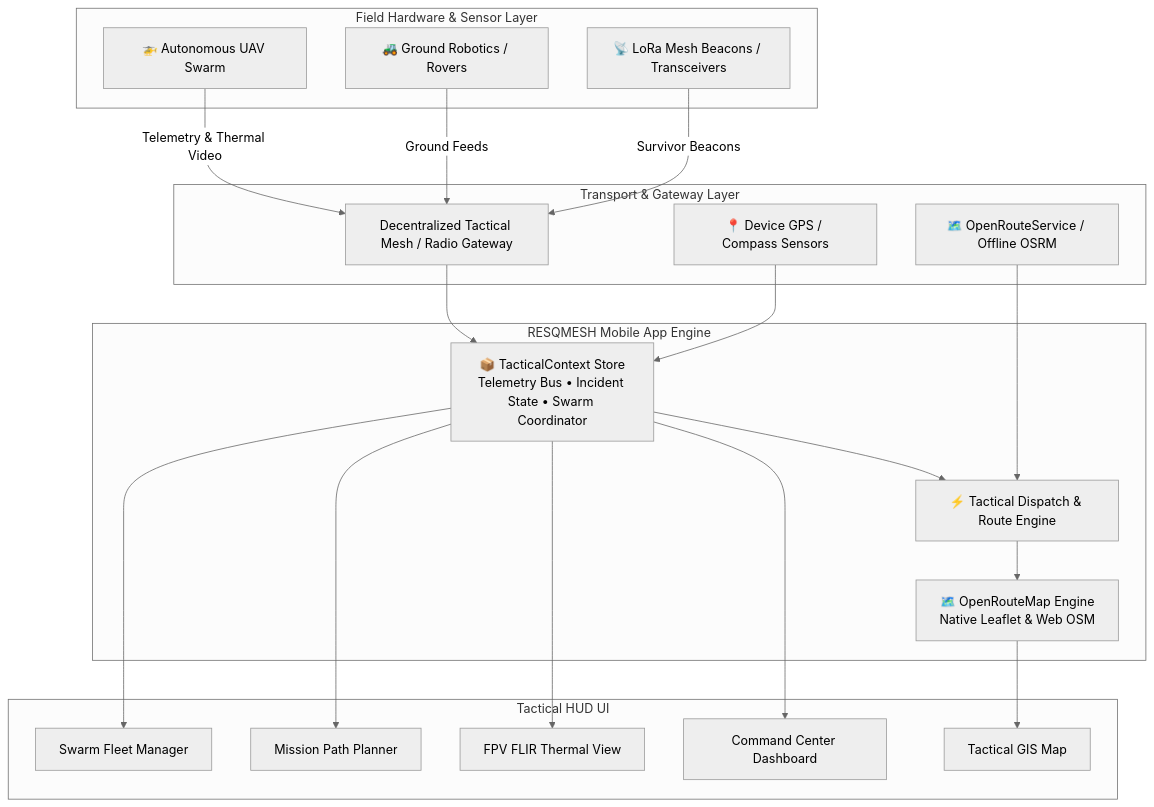
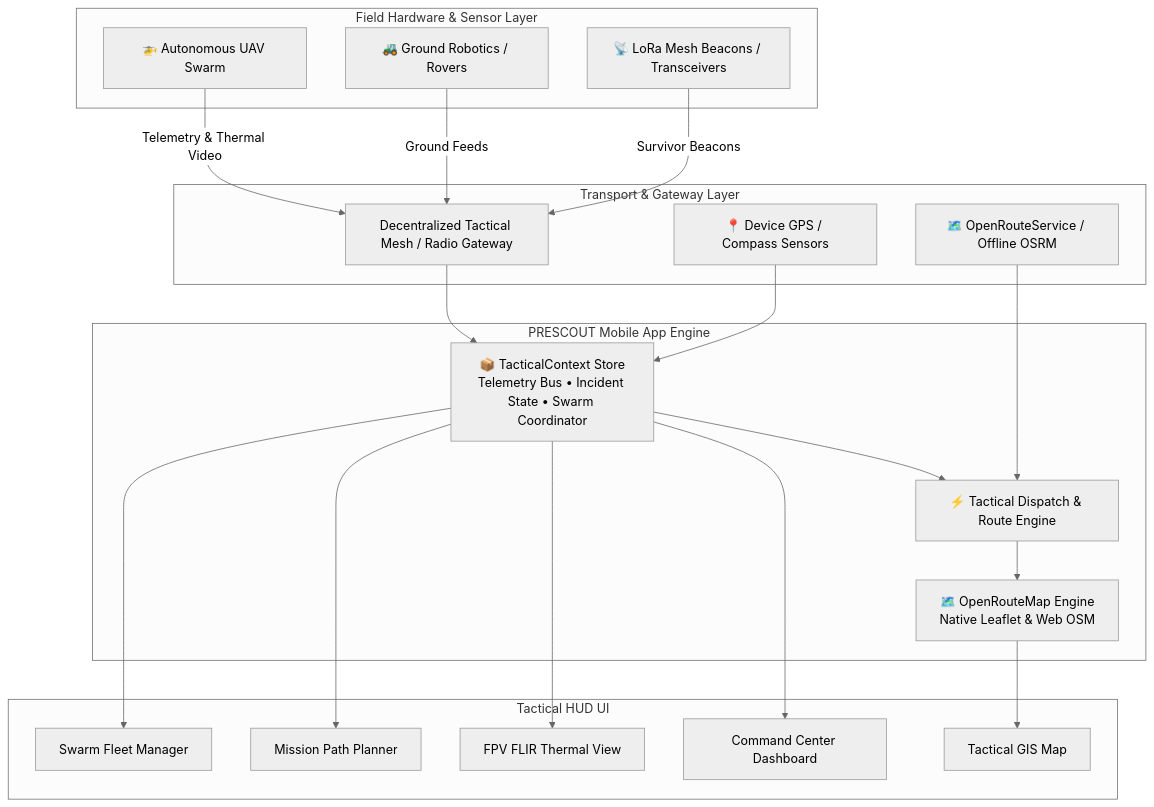
Before and after one commit to Aidsem/PreScout: the diagram in README.md, drawn with Mermaid (neutral theme). The commit also changed other lines of this file and 29 other files, not shown here.

````diff
--- a/README.md
+++ b/README.md
@@ -60,45 +60,45 @@
 ```mermaid
 graph TD
     subgraph EdgeHardware [Field Hardware & Sensor Layer]
         Drone[🚁 Autonomous UAV Swarm]
         UGV[🚜 Ground Robotics / Rovers]
         FieldSensors[📡 LoRa Mesh Beacons / Transceivers]
     end
 
     subgraph DataExchange [Transport & Gateway Layer]
         MeshBus[Decentralized Tactical Mesh / Radio Gateway]
         LocalGPS[📍 Device GPS / Compass Sensors]
         RoutingService[🗺️ OpenRouteService / Offline OSRM]
     end
 
-    subgraph CoreApplication [RESQMESH Mobile App Engine]
+    subgraph CoreApplication [PRESCOUT Mobile App Engine]
         TacticalStore[📦 TacticalContext Store<br/>Telemetry Bus • Incident State • Swarm Coordinator]
         DispatchEngine[⚡ Tactical Dispatch & Route Engine]
         MapEngine[🗺️ OpenRouteMap Engine<br/>Native Leaflet & Web OSM]
     end
 
     subgraph UserInterface [Tactical HUD UI]
         CommandHUD[Command Center Dashboard]
         LiveMapUI[Tactical GIS Map]
         ThermalCamUI[FPV FLIR Thermal View]
         PlannerUI[Mission Path Planner]
         AssetFleetUI[Swarm Fleet Manager]
     end
 
     Drone -->|Telemetry & Thermal Video| MeshBus
     UGV -->|Ground Feeds| MeshBus
     FieldSensors -->|Survivor Beacons| MeshBus
 
     MeshBus --> TacticalStore
     LocalGPS --> TacticalStore
     RoutingService --> DispatchEngine
 
     TacticalStore --> DispatchEngine
     DispatchEngine --> MapEngine
 
     TacticalStore --> CommandHUD
     MapEngine --> LiveMapUI
     TacticalStore --> ThermalCamUI
     TacticalStore --> PlannerUI
     TacticalStore --> AssetFleetUI
 ```
````
